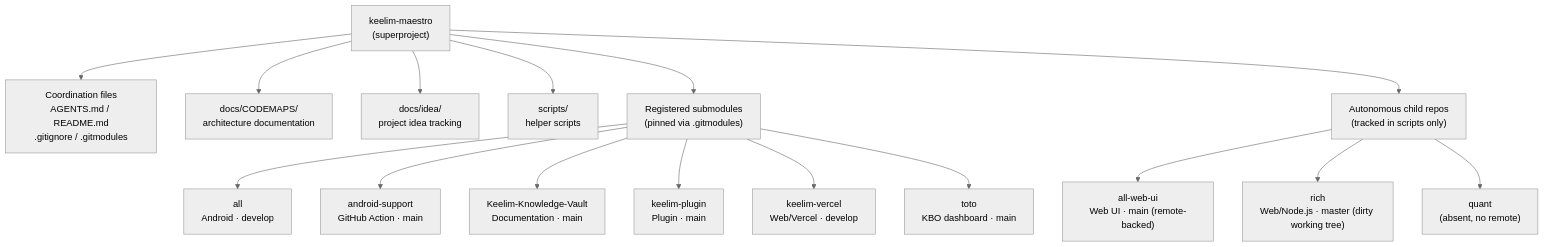
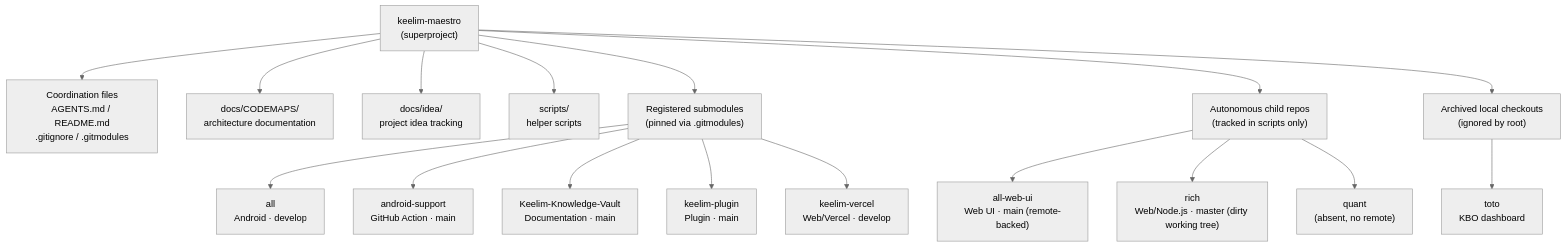
One commit to keelim/keelim-maestro changed the diagram in docs/CODEMAPS/WORKSPACE.md. Above: the diagram before and after it, drawn with Mermaid (neutral theme). The commit also changed other lines of this file and 23 other files, not shown here.

````diff
--- a/docs/CODEMAPS/WORKSPACE.md
+++ b/docs/CODEMAPS/WORKSPACE.md
@@ -16,22 +16,23 @@
 ```mermaid
 flowchart TB
     root["keelim-maestro\n(superproject)"]
 
     root --> coord["Coordination files\nAGENTS.md / README.md\n.gitignore / .gitmodules"]
     root --> docs["docs/CODEMAPS/\narchitecture documentation"]
     root --> idea["docs/idea/\nproject idea tracking"]
     root --> scripts["scripts/\nhelper scripts"]
     root --> submodules["Registered submodules\n(pinned via .gitmodules)"]
     root --> autonomous["Autonomous child repos\n(tracked in scripts only)"]
+    root --> archived["Archived local checkouts\n(ignored by root)"]
 
     submodules --> all["all\nAndroid · develop"]
     submodules --> android["android-support\nGitHub Action · main"]
     submodules --> vault["Keelim-Knowledge-Vault\nDocumentation · main"]
     submodules --> plugin["keelim-plugin\nPlugin · main"]
     submodules --> vercel["keelim-vercel\nWeb/Vercel · develop"]
-    submodules --> toto["toto\nKBO dashboard · main"]
 
     autonomous --> webui["all-web-ui\nWeb UI · main (remote-backed)"]
     autonomous --> rich["rich\nWeb/Node.js · master (dirty working tree)"]
     autonomous --> quant["quant\n(absent, no remote)"]
+    archived --> toto["toto\nKBO dashboard"]
 ```
````
